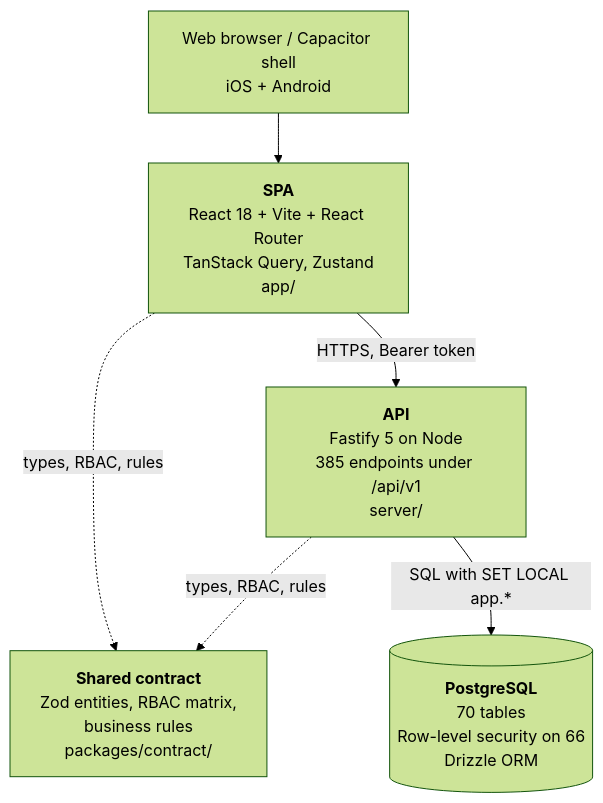
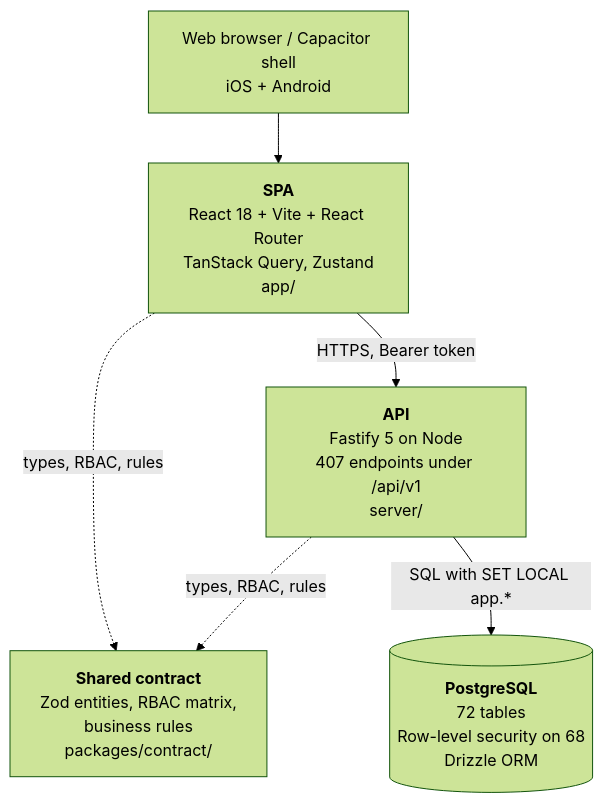
One commit to tazamohd/SlClNe changed the second of 4 diagrams in docs/15_C4_ARCHITECTURE_DIAGRAMS/C4_MODEL.md. Above: the diagram before and after it, drawn with Mermaid (forest theme). The commit also changed other lines of this file and 84 other files, not shown here.

````diff
--- a/docs/15_C4_ARCHITECTURE_DIAGRAMS/C4_MODEL.md
+++ b/docs/15_C4_ARCHITECTURE_DIAGRAMS/C4_MODEL.md
@@ -42,13 +42,13 @@
 ```mermaid
 flowchart TB
   browser["Web browser / Capacitor shell<br/>iOS + Android"]
   spa["<b>SPA</b><br/>React 18 + Vite + React Router<br/>TanStack Query, Zustand<br/>app/"]
-  api["<b>API</b><br/>Fastify 5 on Node<br/>385 endpoints under /api/v1<br/>server/"]
+  api["<b>API</b><br/>Fastify 5 on Node<br/>407 endpoints under /api/v1<br/>server/"]
   contract["<b>Shared contract</b><br/>Zod entities, RBAC matrix,<br/>business rules<br/>packages/contract/"]
-  db[("<b>PostgreSQL</b><br/>70 tables<br/>Row-level security on 66<br/>Drizzle ORM")]
+  db[("<b>PostgreSQL</b><br/>72 tables<br/>Row-level security on 68<br/>Drizzle ORM")]
   browser --> spa
   spa -->|"HTTPS, Bearer token"| api
   spa -.->|"types, RBAC, rules"| contract
   api -.->|"types, RBAC, rules"| contract
   api -->|"SQL with SET LOCAL app.*"| db
 ```
````
